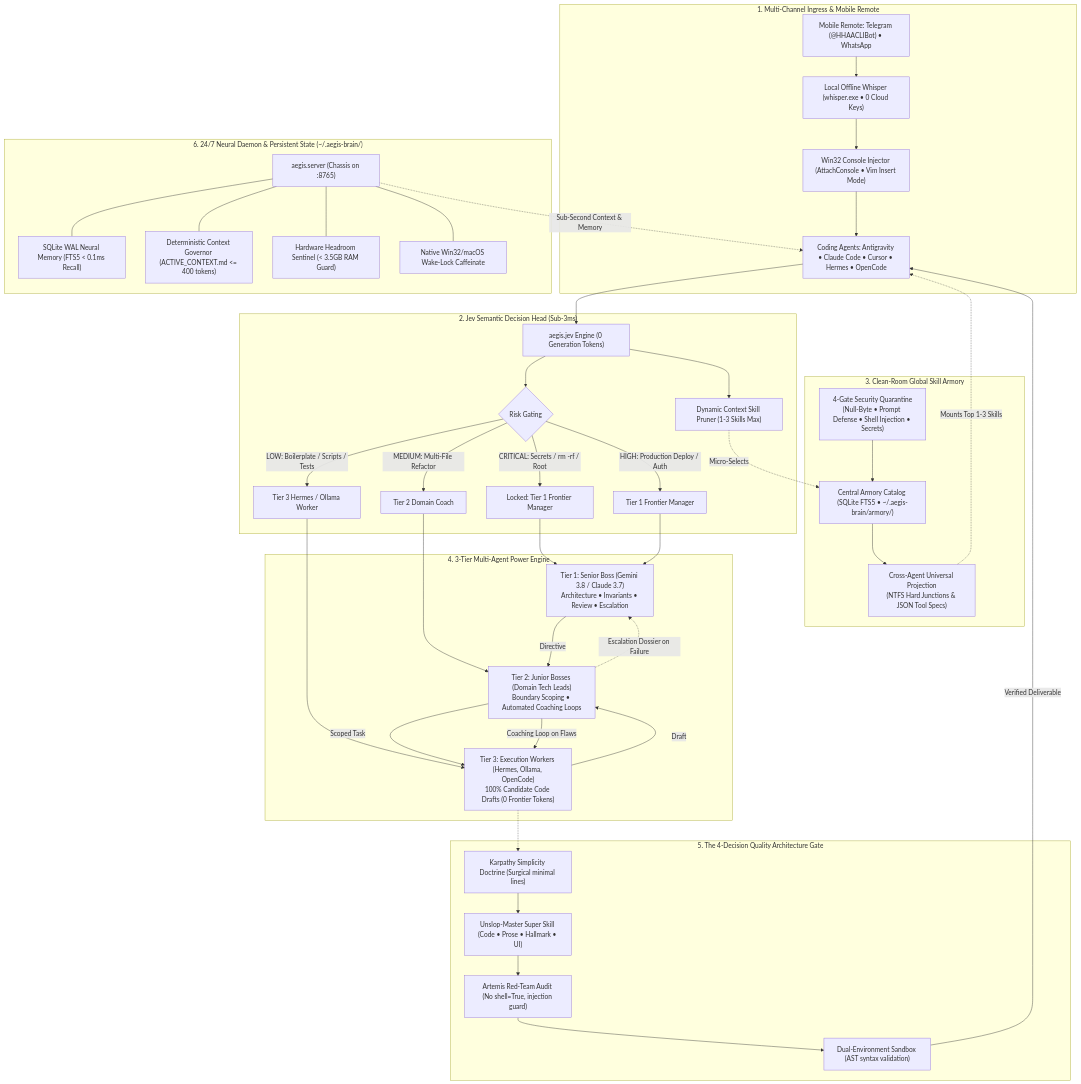
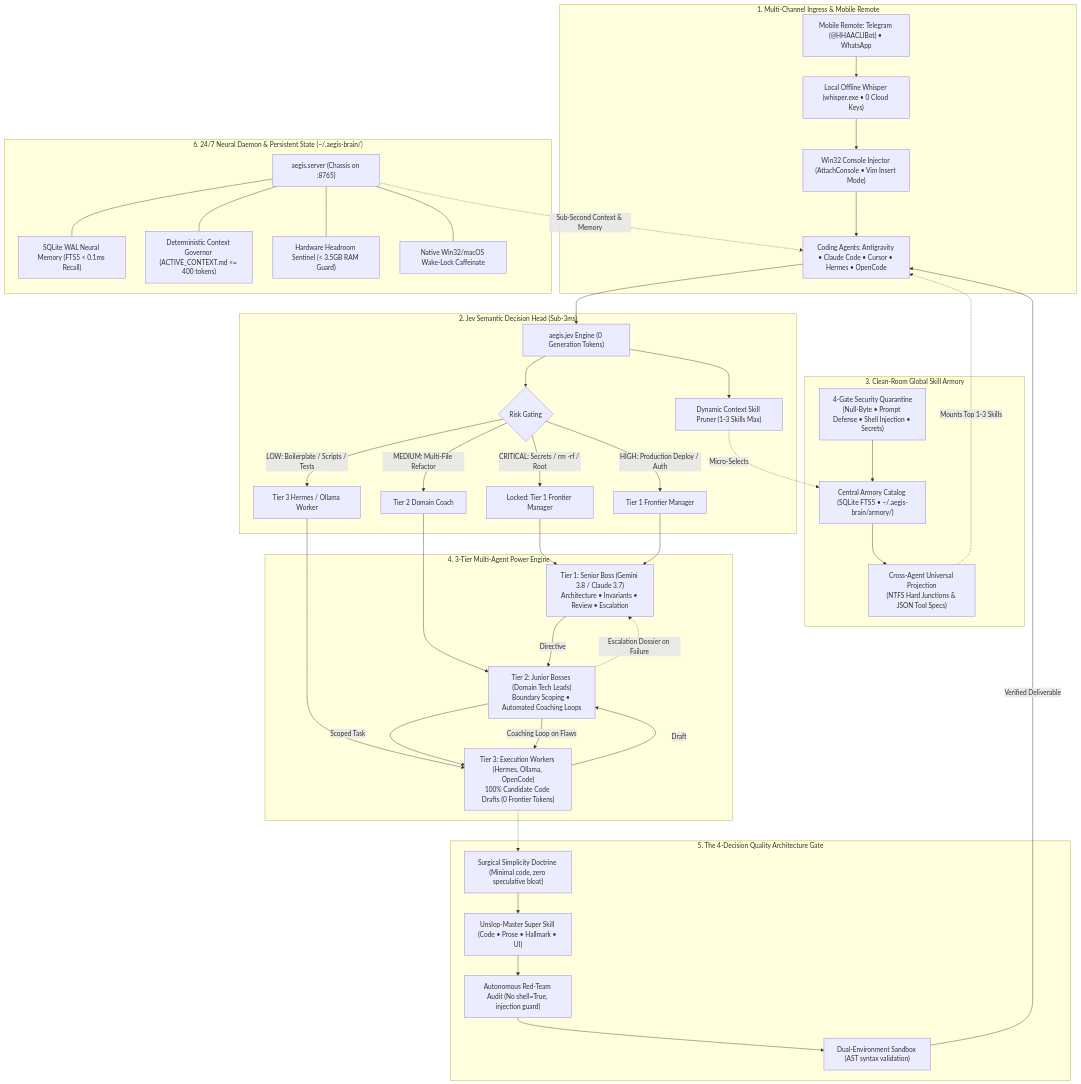
Before and after one commit to PG300604/aegis-brain: the first of 5 diagrams in README.md, drawn with Mermaid. The commit also changed other lines of this file and 2 other files, not shown here.

````diff
--- a/README.md
+++ b/README.md
@@ -61,75 +61,75 @@
 ```mermaid
 flowchart TD
     subgraph Ingestion ["1. Multi-Channel Ingress & Mobile Remote"]
         Agents["Coding Agents: Antigravity • Claude Code • Cursor • Hermes • OpenCode"]
         Phone["Mobile Remote: Telegram (@HHAACLIBot) • WhatsApp"]
         Whisper["Local Offline Whisper (whisper.exe • 0 Cloud Keys)"]
         Console["Win32 Console Injector (AttachConsole • Vim Insert Mode)"]
         Phone --> Whisper --> Console --> Agents
     end
 
     subgraph DecisionLayer ["2. Jev Semantic Decision Head (Sub-3ms)"]
         Jev["aegis.jev Engine (0 Generation Tokens)"]
         RiskGating{"Risk Gating"}
         ContextPrune["Dynamic Context Skill Pruner (1-3 Skills Max)"]
         
         RiskGating -->|CRITICAL: Secrets / rm -rf / Root| LockT1["Locked: Tier 1 Frontier Manager"]
         RiskGating -->|HIGH: Production Deploy / Auth| RouteT1["Tier 1 Frontier Manager"]
         RiskGating -->|MEDIUM: Multi-File Refactor| RouteT2["Tier 2 Domain Coach"]
         RiskGating -->|LOW: Boilerplate / Scripts / Tests| RouteT3["Tier 3 Hermes / Ollama Worker"]
         
         Jev --> RiskGating
         Jev --> ContextPrune
     end
 
     subgraph ArmoryLayer ["3. Clean-Room Global Skill Armory"]
         ArmoryDB["Central Armory Catalog (SQLite FTS5 • ~/.aegis-brain/armory/)"]
         Quarantine["4-Gate Security Quarantine<br/>(Null-Byte • Prompt Defense • Shell Injection • Secrets)"]
         Projection["Cross-Agent Universal Projection<br/>(NTFS Hard Junctions & JSON Tool Specs)"]
         
         Quarantine --> ArmoryDB --> Projection
         ContextPrune -.->|Micro-Selects| ArmoryDB
         Projection -.->|Mounts Top 1-3 Skills| Agents
     end
 
     subgraph PowerEngine ["4. 3-Tier Multi-Agent Power Engine"]
         T1["Tier 1: Senior Boss (Gemini 3.8 / Claude 3.7)<br/>Architecture • Invariants • Review • Escalation"]
         T2["Tier 2: Junior Bosses (Domain Tech Leads)<br/>Boundary Scoping • Automated Coaching Loops"]
         T3["Tier 3: Execution Workers (Hermes, Ollama, OpenCode)<br/>100% Candidate Code Drafts (0 Frontier Tokens)"]
         
         LockT1 & RouteT1 --> T1
         RouteT2 --> T2
         RouteT3 --> T3
         T1 -->|Directive| T2
         T2 -->|Scoped Task| T3
         T3 -->|Draft| T2
         T2 -->|Coaching Loop on Flaws| T3
         T2 -.->|Escalation Dossier on Failure| T1
     end
 
     subgraph QualityGate ["5. The 4-Decision Quality Architecture Gate"]
-        Q1["Karpathy Simplicity Doctrine (Surgical minimal lines)"]
+        Q1["Surgical Simplicity Doctrine (Minimal code, zero speculative bloat)"]
         Q2["Unslop-Master Super Skill (Code • Prose • Hallmark • UI)"]
-        Q3["Artemis Red-Team Audit (No shell=True, injection guard)"]
+        Q3["Autonomous Red-Team Audit (No shell=True, injection guard)"]
         Q4["Dual-Environment Sandbox (AST syntax validation)"]
         
         T3 -.-> Q1 --> Q2 --> Q3 --> Q4
     end
 
     subgraph DaemonState ["6. 24/7 Neural Daemon & Persistent State (~/.aegis-brain/)"]
         Daemon["aegis.server (Chassis on :8765)"]
         WAL["SQLite WAL Neural Memory (FTS5 < 0.1ms Recall)"]
         Gov["Deterministic Context Governor (ACTIVE_CONTEXT.md <= 400 tokens)"]
         Sentinel["Hardware Headroom Sentinel (< 3.5GB RAM Guard)"]
         Caff["Native Win32/macOS Wake-Lock Caffeinate"]
         
         Daemon --- WAL
         Daemon --- Gov
         Daemon --- Sentinel
         Daemon --- Caff
     end
 
     Agents --> Jev
     Q4 -->|Verified Deliverable| Agents
     Daemon -.->|Sub-Second Context & Memory| Agents
 ```
````
